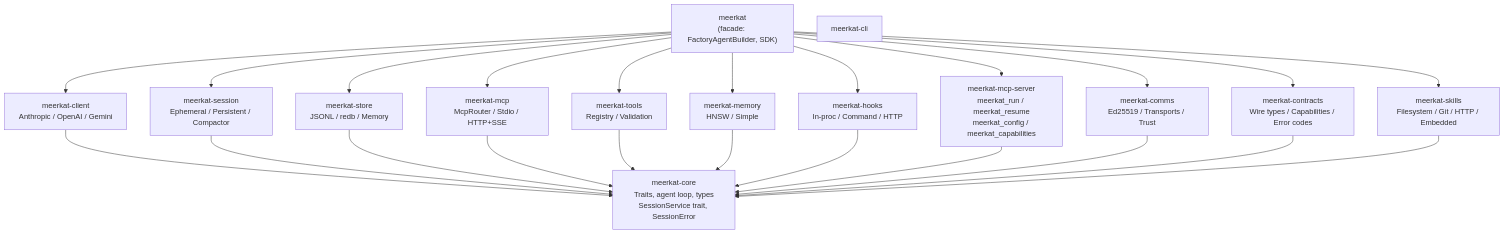
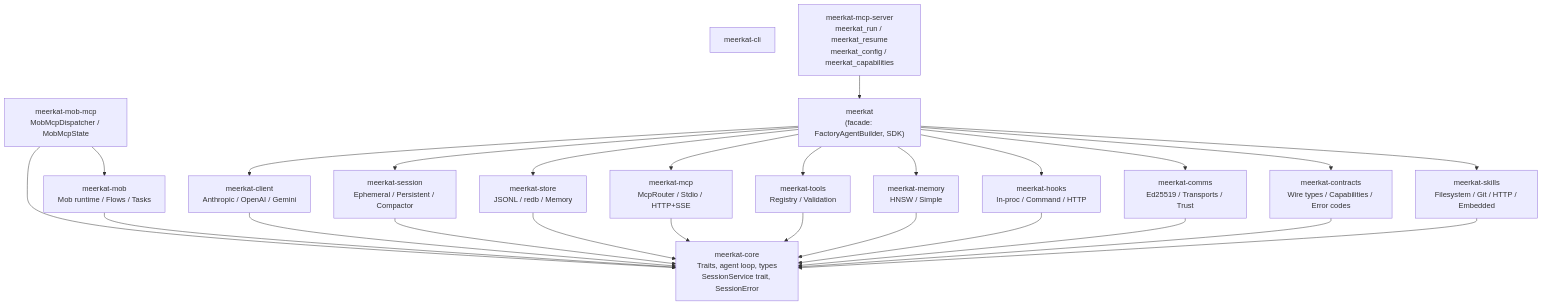
The first of 4 diagrams in docs/reference/architecture.mdx (lukacf/meerkat), drawn with Mermaid before and after one commit. The commit also changed other lines of this file and 19 other files, not shown here.

````diff
--- a/docs/reference/architecture.mdx
+++ b/docs/reference/architecture.mdx
@@ -19,43 +19,48 @@
 ```mermaid
 graph TD
     FACADE["meerkat<br/>(facade: FactoryAgentBuilder, SDK)"]
 
     CLI["meerkat-cli"]
     CLIENT["meerkat-client<br/>Anthropic / OpenAI / Gemini"]
     SESSION["meerkat-session<br/>Ephemeral / Persistent / Compactor"]
     STORE["meerkat-store<br/>JSONL / redb / Memory"]
     MCP["meerkat-mcp<br/>McpRouter / Stdio / HTTP+SSE"]
     TOOLS["meerkat-tools<br/>Registry / Validation"]
     MEMORY["meerkat-memory<br/>HNSW / Simple"]
     HOOKS["meerkat-hooks<br/>In-proc / Command / HTTP"]
     MCPSERVER["meerkat-mcp-server<br/>meerkat_run / meerkat_resume<br/>meerkat_config / meerkat_capabilities"]
     COMMS["meerkat-comms<br/>Ed25519 / Transports / Trust"]
     CONTRACTS["meerkat-contracts<br/>Wire types / Capabilities / Error codes"]
     SKILLS["meerkat-skills<br/>Filesystem / Git / HTTP / Embedded"]
+    MOB["meerkat-mob<br/>Mob runtime / Flows / Tasks"]
+    MOBMCP["meerkat-mob-mcp<br/>MobMcpDispatcher / MobMcpState"]
 
     CORE["meerkat-core<br/>Traits, agent loop, types<br/>SessionService trait, SessionError"]
 
     FACADE --> CLIENT
     FACADE --> SESSION
     FACADE --> STORE
     FACADE --> MCP
     FACADE --> TOOLS
     FACADE --> MEMORY
     FACADE --> HOOKS
-    FACADE --> MCPSERVER
     FACADE --> COMMS
     FACADE --> CONTRACTS
     FACADE --> SKILLS
+
+    MCPSERVER --> FACADE
+    MOBMCP --> MOB
+    MOBMCP --> CORE
+    MOB --> CORE
 
     CLIENT --> CORE
     SESSION --> CORE
     STORE --> CORE
     MCP --> CORE
     TOOLS --> CORE
     MEMORY --> CORE
     HOOKS --> CORE
-    MCPSERVER --> CORE
     COMMS --> CORE
     CONTRACTS --> CORE
     SKILLS --> CORE
 ```
````
